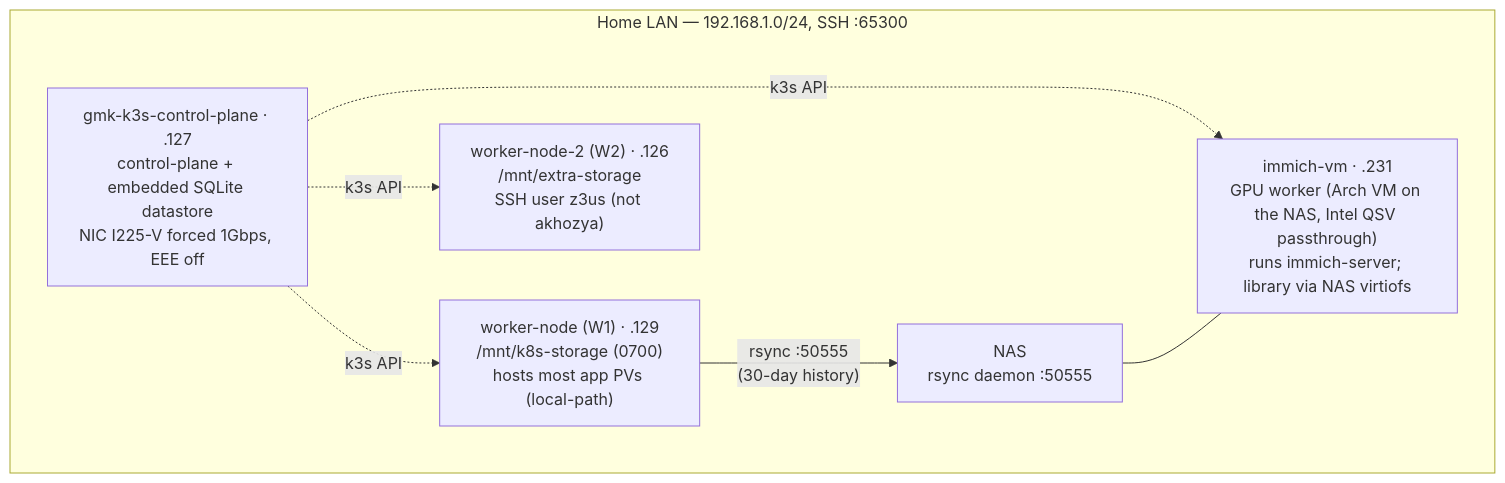
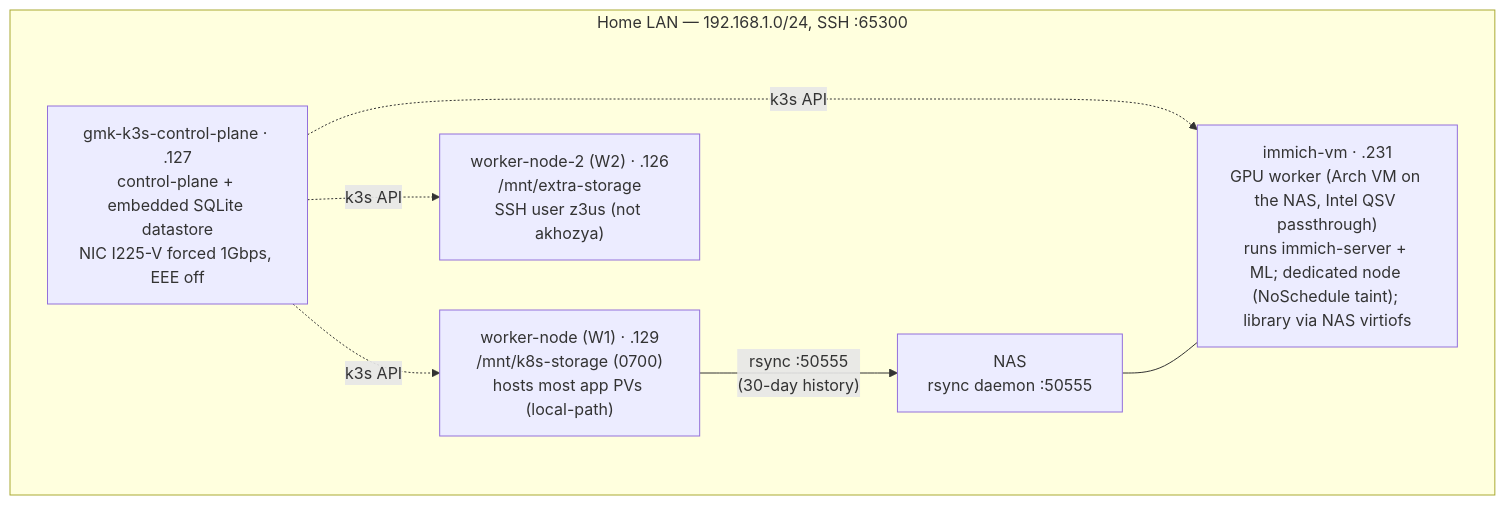
The first of 4 diagrams in docs/ARCHITECTURE.md (AKhozya/homelab), drawn with Mermaid before and after one commit. The commit also changed other lines of this file and 5 other files, not shown here.

Commit message:
docs: immich-vm is a dedicated Immich node

````diff
--- a/docs/ARCHITECTURE.md
+++ b/docs/ARCHITECTURE.md
@@ -22,15 +22,15 @@
 ```mermaid
 flowchart TB
   subgraph LAN["Home LAN — 192.168.1.0/24, SSH :65300"]
     CP["gmk-k3s-control-plane · .127<br/>control-plane + embedded SQLite datastore<br/>NIC I225-V forced 1Gbps, EEE off"]
     W1["worker-node (W1) · .129<br/>/mnt/k8s-storage (0700)<br/>hosts most app PVs (local-path)"]
     W2["worker-node-2 (W2) · .126<br/>/mnt/extra-storage<br/>SSH user z3us (not akhozya)"]
     NAS["NAS<br/>rsync daemon :50555"]
-    VM["immich-vm · .231<br/>GPU worker (Arch VM on the NAS, Intel QSV passthrough)<br/>runs immich-server; library via NAS virtiofs"]
+    VM["immich-vm · .231<br/>GPU worker (Arch VM on the NAS, Intel QSV passthrough)<br/>runs immich-server + ML; dedicated node (NoSchedule taint); library via NAS virtiofs"]
   end
   CP -. k3s API .-> W1
   CP -. k3s API .-> W2
   CP -. k3s API .-> VM
   NAS --- VM
   W1 -->|"rsync :50555<br/>(30-day history)"| NAS
 ```
````
